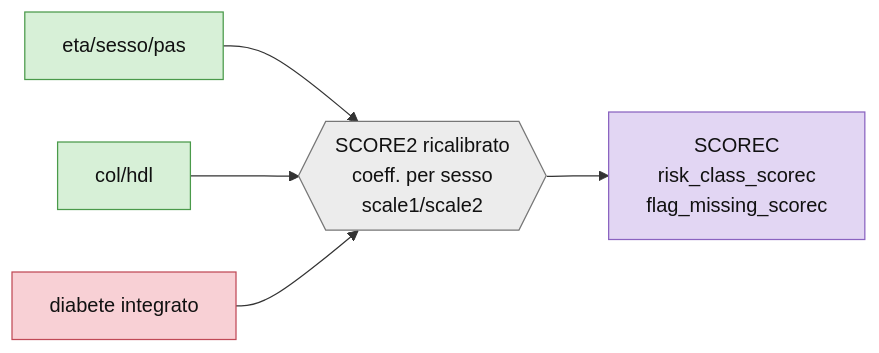
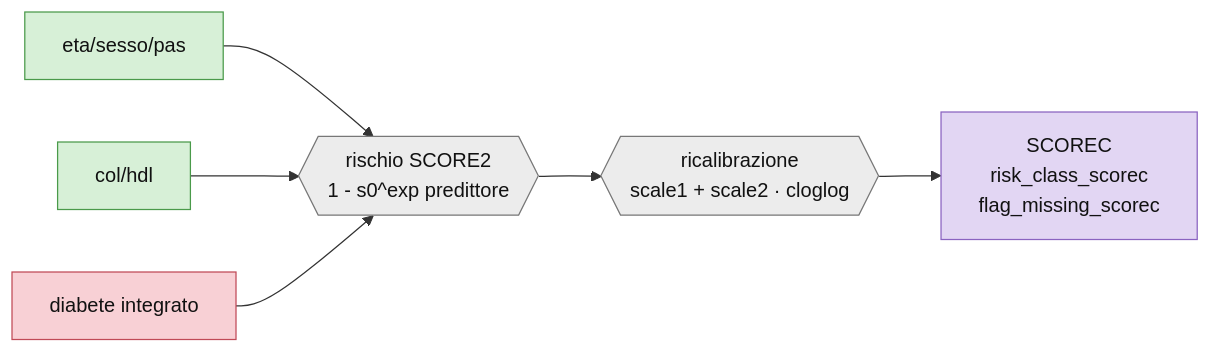
Diagram 25 of 27 in OCVTS.md (arjunascagnetto/OCVTS), drawn with Mermaid before and after one commit. The commit also changed other lines of this file, not shown here.

First line of the commit message:
Diagnosi: espanse SCC, FA, ipertensione, dislipidemia, anemia, RCVMA, ipercol familiare, microalbuminuria, obesita (+ diagrammi)

````diff
--- a/OCVTS.md
+++ b/OCVTS.md
@@ -930,11 +1145,12 @@
 ```mermaid
 flowchart LR
-  par[eta/sesso/pas]:::l1 --> SC{{SCORE2 ricalibrato<br/>coeff. per sesso<br/>scale1/scale2}}:::tf
+  par[eta/sesso/pas]:::l1 --> SC{{rischio SCORE2<br/>1 - s0^exp predittore}}:::tf
   lab[col/hdl]:::l1 --> SC
   dm[diabete integrato]:::l3 --> SC
-  SC --> OUT[SCOREC<br/>risk_class_scorec<br/>flag_missing_scorec]:::l4
+  SC --> RC{{ricalibrazione<br/>scale1 + scale2 · cloglog}}:::tf
+  RC --> OUT[SCOREC<br/>risk_class_scorec<br/>flag_missing_scorec]:::l4
   classDef l1 fill:#d7f0d7,stroke:#4a9a4a,color:#111;
   classDef l3 fill:#f8d0d5,stroke:#c04a57,color:#111;
   classDef l4 fill:#e2d6f3,stroke:#8a63c0,color:#111;
   classDef tf fill:#ececec,stroke:#777,color:#111;
 ```
````
